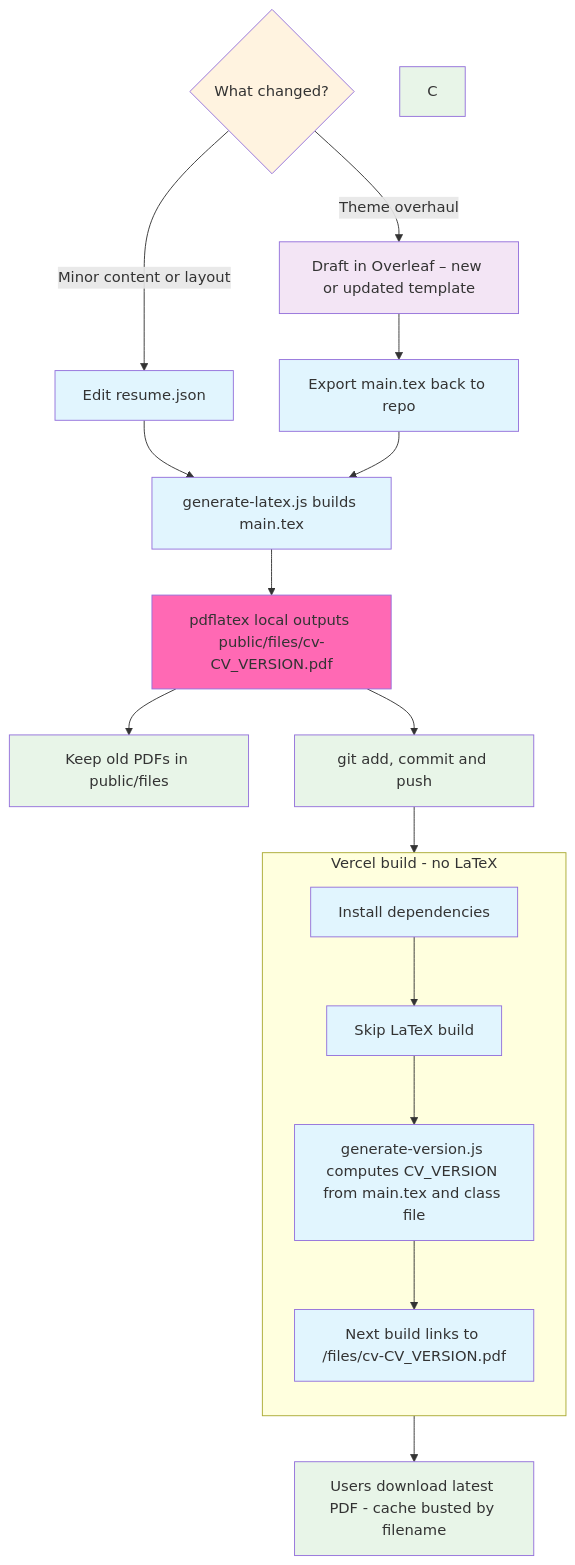
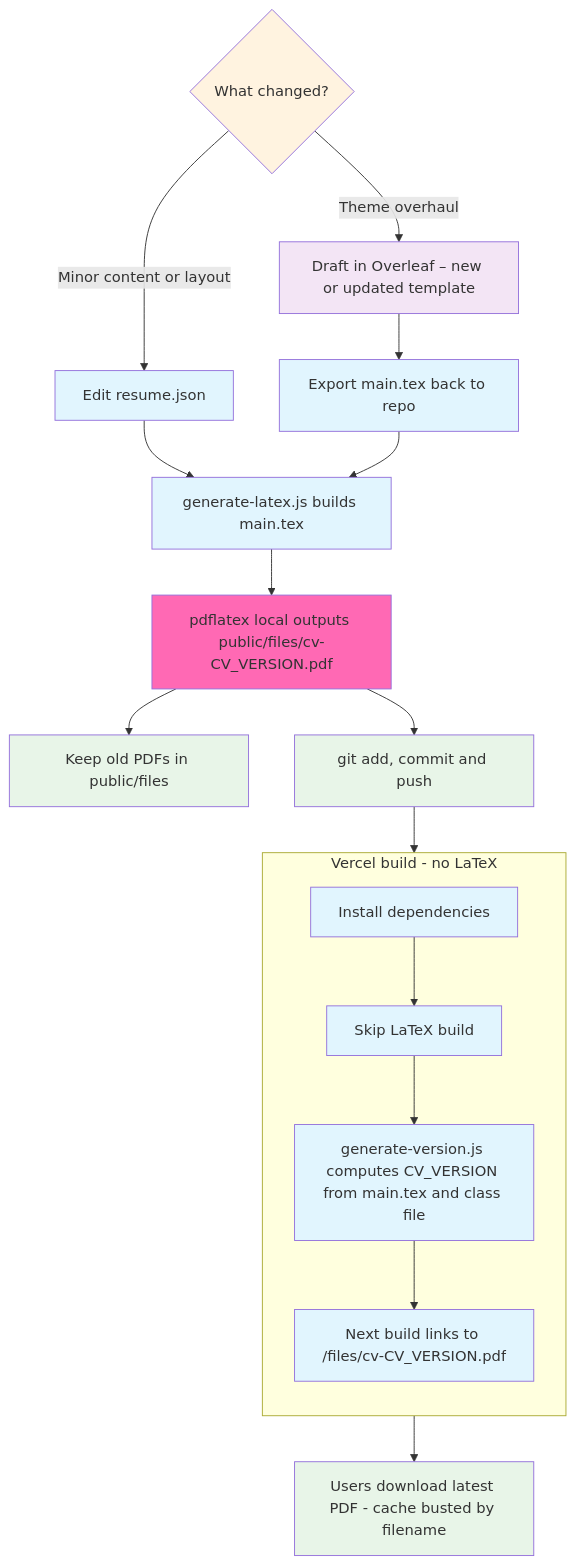
Before and after one commit to sainsw/ainsworth.dev: the diagram in content/cv-sync-latex.mdx, drawn with Mermaid.

Commit message:
Remove redundant style from mermaid diagram in CV generation documentation for improved clarity and consistency.

````diff
--- a/content/cv-sync-latex.mdx
+++ b/content/cv-sync-latex.mdx
@@ -17,47 +17,46 @@
 ```mermaid
 flowchart TB
   %% no parens, top-down, theme-friendly fills that your MermaidClient maps for dark mode
 
   %% Change type
   D{"What changed?"}
 
   %% Minor change path
   A["Edit resume.json"] --> G["generate-latex.js builds main.tex"]
   D -- "Minor content or layout" --> A
 
   %% Theme overhaul path
   O["Draft in Overleaf – new or updated template"] --> O2["Export main.tex back to repo"] --> G
   D -- "Theme overhaul" --> O
 
   %% Build PDF locally
   G --> P["pdflatex local outputs public/files/cv-CV_VERSION.pdf"]
   P --> K["Keep old PDFs in public/files"]
   P --> U["git add, commit and push"]
 
   %% Vercel side
   subgraph VercelBuild["Vercel build - no LaTeX"]
     direction TB
     V1["Install dependencies"] --> V2["Skip LaTeX build"]
     V2 --> V3["generate-version.js computes CV_VERSION from main.tex and class file"]
     V3 --> V4["Next build links to /files/cv-CV_VERSION.pdf"]
   end
 
   U --> V1
   V4 --> S["Users download latest PDF - cache busted by filename"]
 
   %% Theme-aware fills (these hexes are auto-mapped by your MermaidClient in dark mode)
   style D fill:#fff3e0
   style A fill:#e1f5fe
   style G fill:#e1f5fe
   style O fill:#f3e5f5
   style O2 fill:#e1f5fe
   style P fill:#ff69b4
   style K fill:#e8f5e8
-  style C fill:#e8f5e8
   style U fill:#e8f5e8
   style V1 fill:#e1f5fe
   style V2 fill:#e1f5fe
   style V3 fill:#e1f5fe
   style V4 fill:#e1f5fe
   style S fill:#e8f5e8
 ```
````
